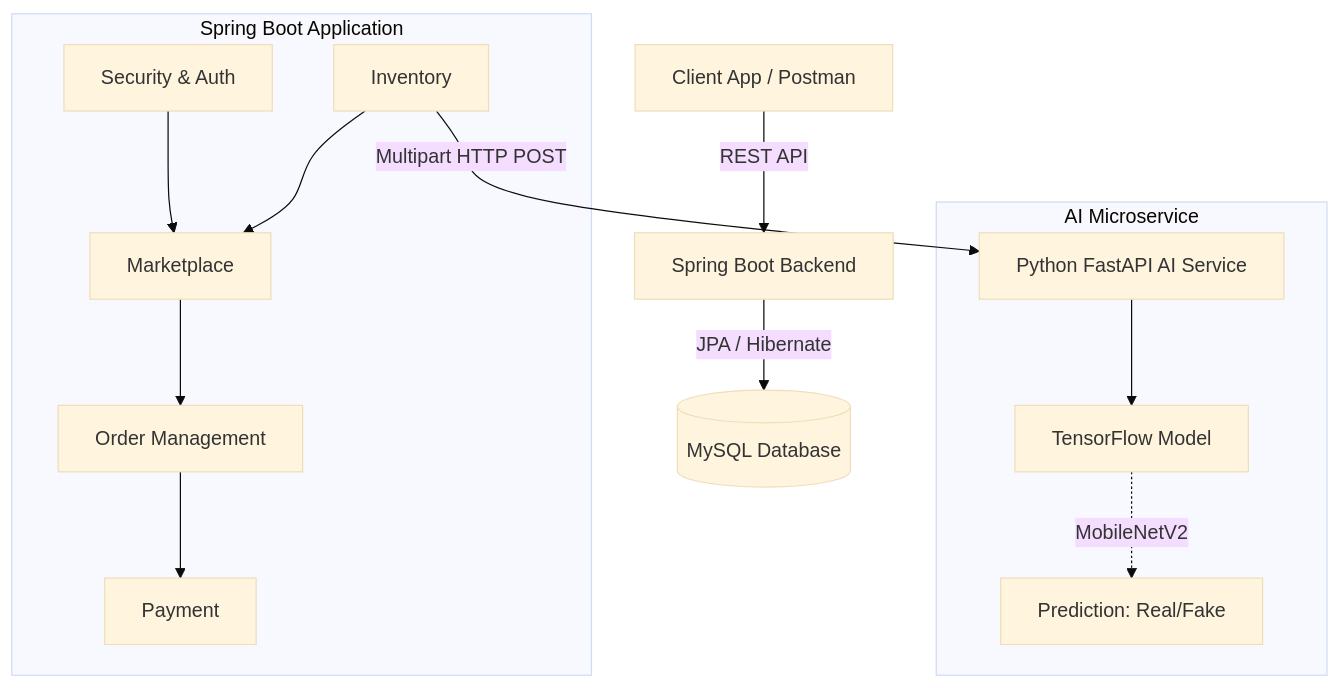
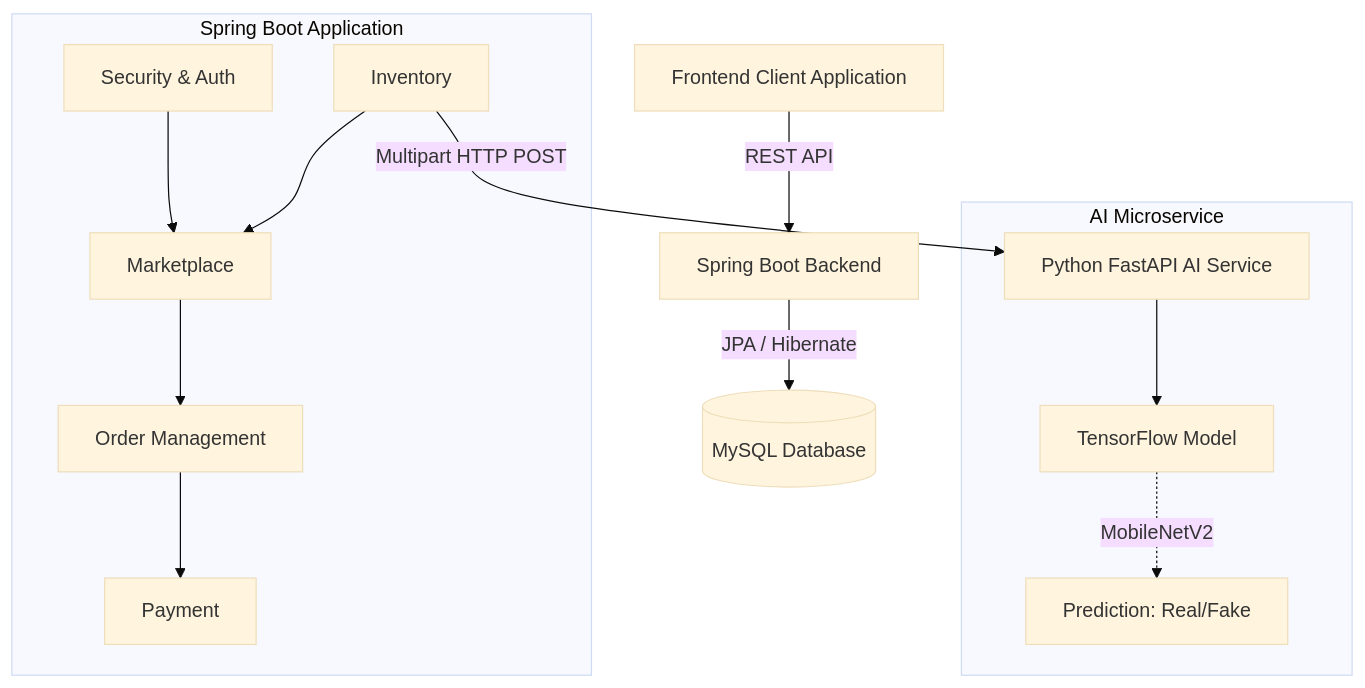
Before and after one commit to IT24101093/abchdkd: the first of 2 diagrams in README.md, drawn with Mermaid (base theme). The commit also changed other lines of this file, not shown here.

````diff
--- a/README.md
+++ b/README.md
@@ -185,25 +193,25 @@
 ```mermaid
 graph TD
-    Client[Client App / Postman] --> |REST API| SpringBoot[Spring Boot Backend]
+    Client[Frontend Client Application] --> |REST API| SpringBoot[Spring Boot Backend]
     
     subgraph Spring Boot Application
         Auth[Security & Auth]
         Market[Marketplace]
         Order[Order Management]
         Pay[Payment]
         Inv[Inventory]
         
         Auth --> Market
         Market --> Order
         Order --> Pay
         Inv --> Market
     end
     
     SpringBoot --> |JPA / Hibernate| MySQL[(MySQL Database)]
     Inv --> |Multipart HTTP POST| FastAPI[Python FastAPI AI Service]
     
     subgraph AI Microservice
         FastAPI --> TF[TensorFlow Model]
         TF -.-> |MobileNetV2| Predict[Prediction: Real/Fake]
     end
 ```
````
